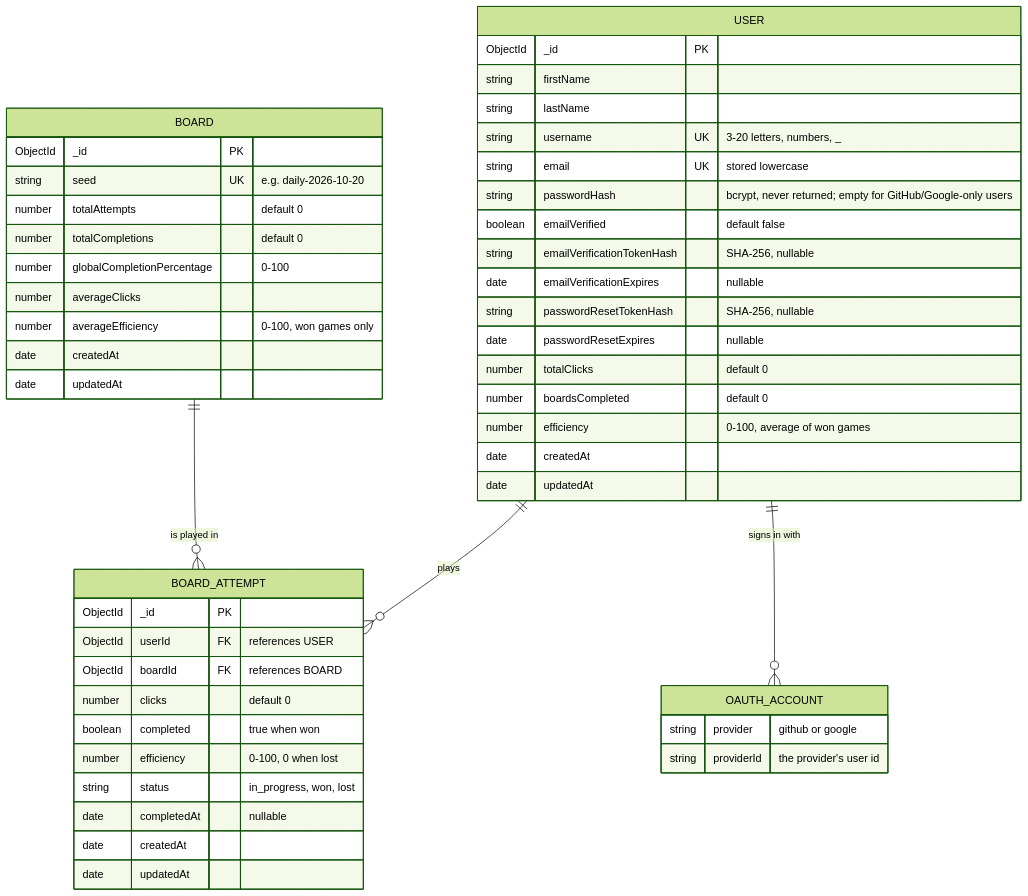
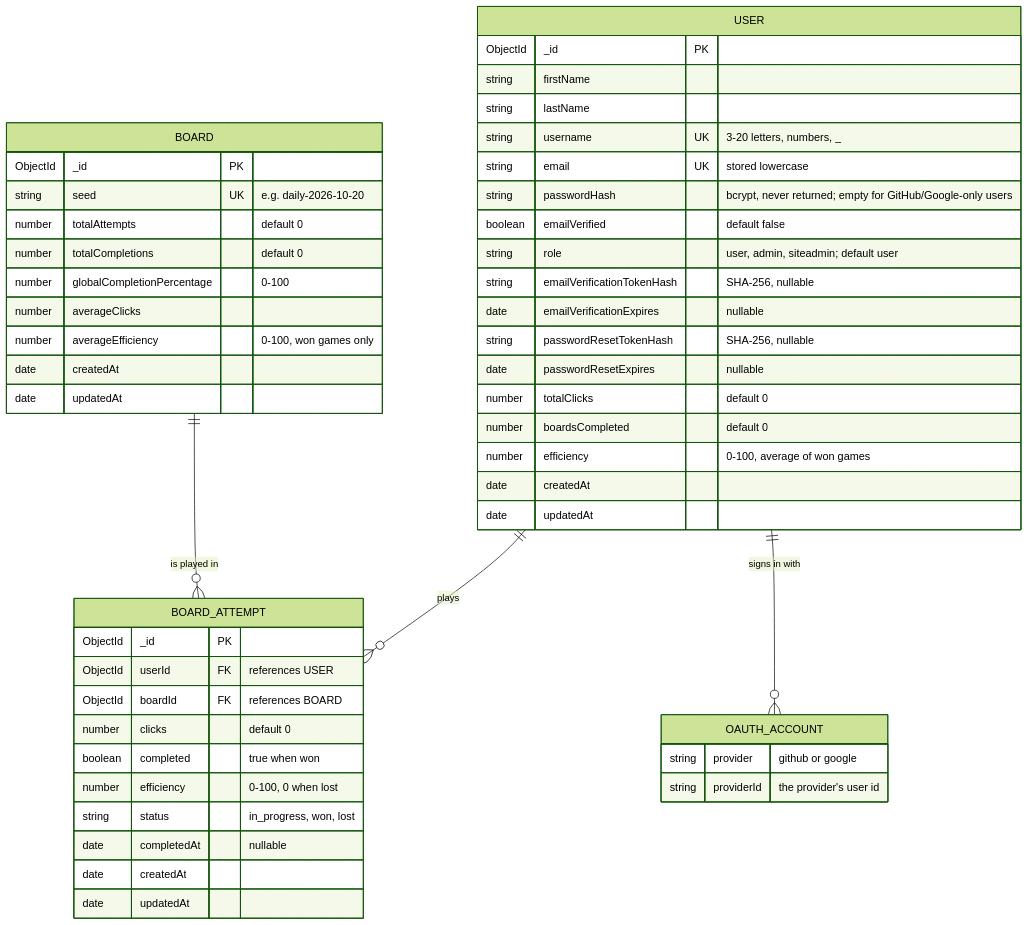
Before and after one commit to Skatboards/COP4331-MERN-Project: the diagram in docs/erd.md, drawn with Mermaid (forest theme). The commit also changed other lines of this file and 20 other files, not shown here.

````diff
--- a/docs/erd.md
+++ b/docs/erd.md
@@ -5,55 +5,56 @@
 ```mermaid
 erDiagram
     USER ||--o{ BOARD_ATTEMPT : "plays"
     USER ||--o{ OAUTH_ACCOUNT : "signs in with"
     BOARD ||--o{ BOARD_ATTEMPT : "is played in"
 
     USER {
         ObjectId _id PK
         string firstName
         string lastName
         string username UK "3-20 letters, numbers, _"
         string email UK "stored lowercase"
         string passwordHash "bcrypt, never returned; empty for GitHub/Google-only users"
         boolean emailVerified "default false"
+        string role "user, admin, siteadmin; default user"
         string emailVerificationTokenHash "SHA-256, nullable"
         date emailVerificationExpires "nullable"
         string passwordResetTokenHash "SHA-256, nullable"
         date passwordResetExpires "nullable"
         number totalClicks "default 0"
         number boardsCompleted "default 0"
         number efficiency "0-100, average of won games"
         date createdAt
         date updatedAt
     }
 
     OAUTH_ACCOUNT {
         string provider "github or google"
         string providerId "the provider's user id"
     }
 
     BOARD {
         ObjectId _id PK
         string seed UK "e.g. daily-2026-10-20"
         number totalAttempts "default 0"
         number totalCompletions "default 0"
         number globalCompletionPercentage "0-100"
         number averageClicks
         number averageEfficiency "0-100, won games only"
         date createdAt
         date updatedAt
     }
 
     BOARD_ATTEMPT {
         ObjectId _id PK
         ObjectId userId FK "references USER"
         ObjectId boardId FK "references BOARD"
         number clicks "default 0"
         boolean completed "true when won"
         number efficiency "0-100, 0 when lost"
         string status "in_progress, won, lost"
         date completedAt "nullable"
         date createdAt
         date updatedAt
     }
 ```
````
